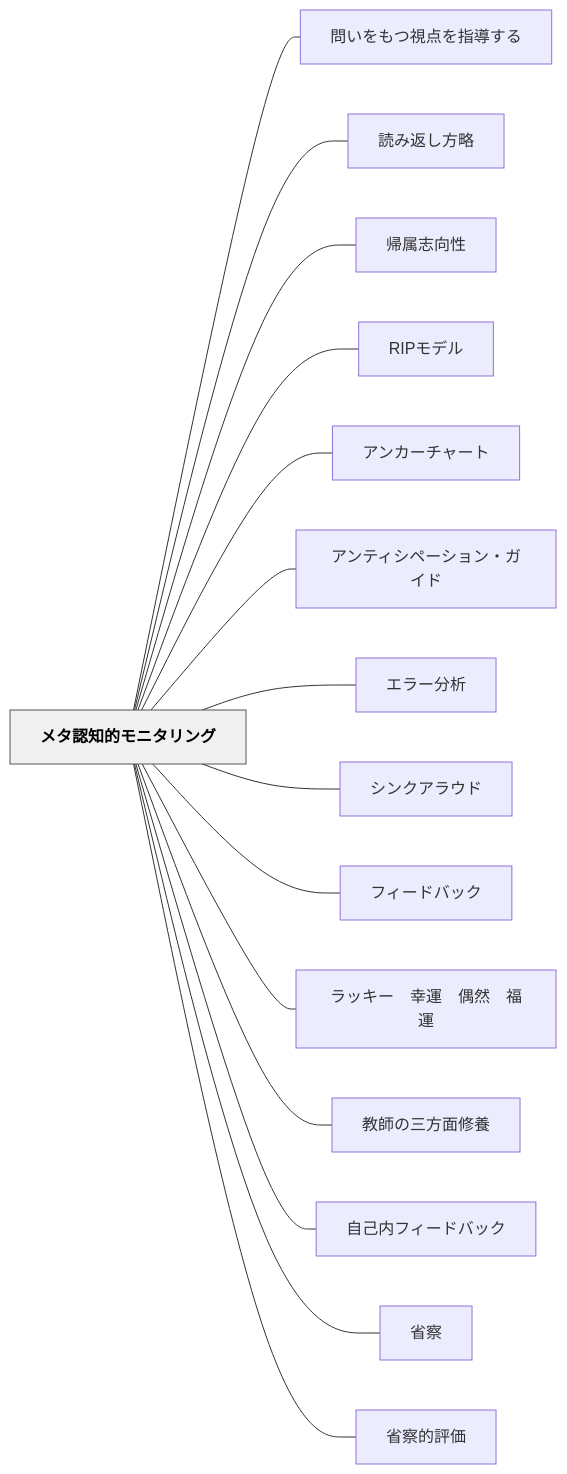
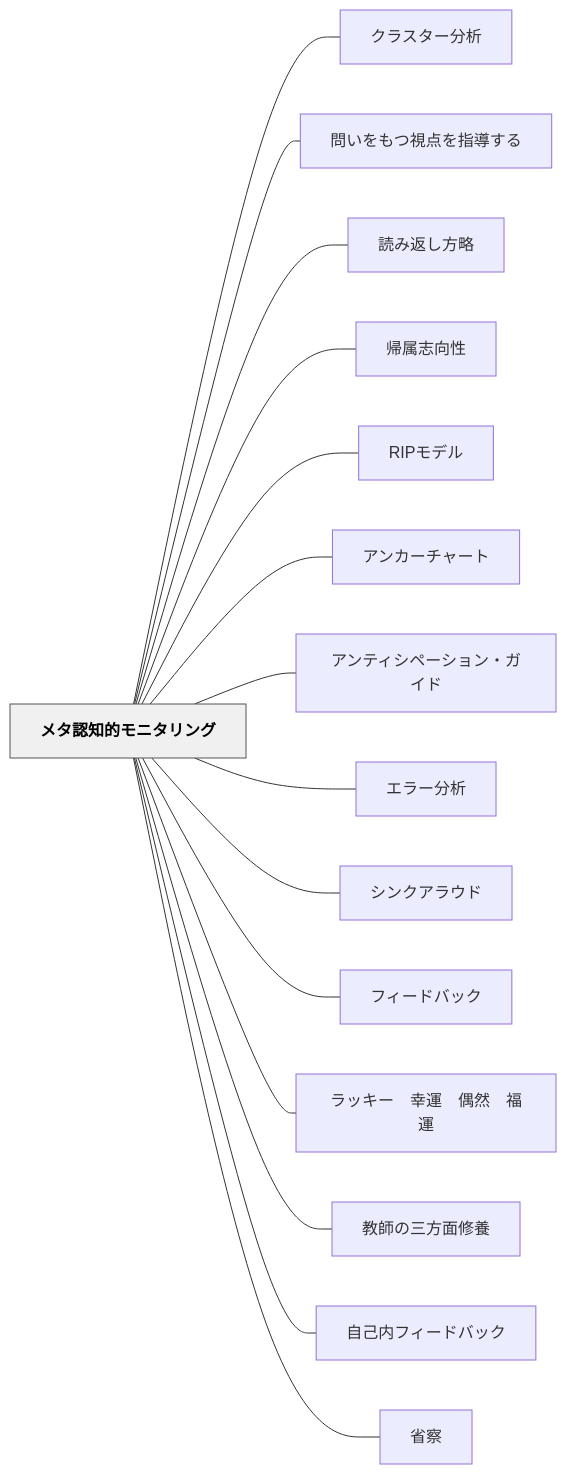
One commit to unknownthings-ed-patterns/unknownthings-ed-patterns changed the diagram in content/パタン/メタ認知的モニタリング.md. Above: the diagram before and after it, drawn with Mermaid. The commit also changed other lines of this file and 36 other files, not shown here.

````diff
--- a/content/パタン/メタ認知的モニタリング.md
+++ b/content/パタン/メタ認知的モニタリング.md
@@ -141,36 +141,36 @@
 ```mermaid
 flowchart LR
     ne383a1e382bfe8aa8de79fa5e79a84e383a2e3838be382bfe383aae383b3e382b0["メタ認知的モニタリング"]
+    ne382afe383a9e382b9e382bfe383bce58886e69e90["クラスター分析"]
     ne5958fe38184e38292e38282e381a4e8a696e782b9e38292e68c87e5b08ee38199e3828b["問いをもつ視点を指導する"]
     ne8aaade381bfe8bf94e38197e696b9e795a5["読み返し方略"]
     ne5b8b0e5b19ee5bf97e59091e680a7["帰属志向性"]
     n524950e383a2e38387e383ab["RIPモデル"]
     ne382a2e383b3e382abe383bce38381e383a3e383bce38388["アンカーチャート"]
     ne382a2e383b3e38386e382a3e382b7e3839ae383bce382b7e383a7e383b3e383bbe382ace382a4e38389["アンティシペーション・ガイド"]
     ne382a8e383a9e383bce58886e69e90["エラー分析"]
     ne382b7e383b3e382afe382a2e383a9e382a6e38389["シンクアラウド"]
     ne38395e382a3e383bce38389e38390e38383e382af["フィードバック"]
     ne383a9e38383e382ade383bce38080e5b9b8e9818be38080e581b6e784b6e38080e7a68fe9818b["ラッキー　幸運　偶然　福運"]
     ne69599e5b8abe381aee4b889e696b9e99da2e4bfaee9a48a["教師の三方面修養"]
     ne887aae5b7b1e58685e38395e382a3e383bce38389e38390e38383e382af["自己内フィードバック"]
     ne79c81e5af9f["省察"]
-    ne79c81e5af9fe79a84e8a995e4bea1["省察的評価"]
 
+    ne383a1e382bfe8aa8de79fa5e79a84e383a2e3838be382bfe383aae383b3e382b0 --- ne382afe383a9e382b9e382bfe383bce58886e69e90
     ne383a1e382bfe8aa8de79fa5e79a84e383a2e3838be382bfe383aae383b3e382b0 --- ne5958fe38184e38292e38282e381a4e8a696e782b9e38292e68c87e5b08ee38199e3828b
     ne383a1e382bfe8aa8de79fa5e79a84e383a2e3838be382bfe383aae383b3e382b0 --- ne8aaade381bfe8bf94e38197e696b9e795a5
     ne383a1e382bfe8aa8de79fa5e79a84e383a2e3838be382bfe383aae383b3e382b0 --- ne5b8b0e5b19ee5bf97e59091e680a7
     ne383a1e382bfe8aa8de79fa5e79a84e383a2e3838be382bfe383aae383b3e382b0 --- n524950e383a2e38387e383ab
     ne383a1e382bfe8aa8de79fa5e79a84e383a2e3838be382bfe383aae383b3e382b0 --- ne382a2e383b3e382abe383bce38381e383a3e383bce38388
     ne383a1e382bfe8aa8de79fa5e79a84e383a2e3838be382bfe383aae383b3e382b0 --- ne382a2e383b3e38386e382a3e382b7e3839ae383bce382b7e383a7e383b3e383bbe382ace382a4e38389
     ne383a1e382bfe8aa8de79fa5e79a84e383a2e3838be382bfe383aae383b3e382b0 --- ne382a8e383a9e383bce58886e69e90
     ne383a1e382bfe8aa8de79fa5e79a84e383a2e3838be382bfe383aae383b3e382b0 --- ne382b7e383b3e382afe382a2e383a9e382a6e38389
     ne383a1e382bfe8aa8de79fa5e79a84e383a2e3838be382bfe383aae383b3e382b0 --- ne38395e382a3e383bce38389e38390e38383e382af
     ne383a1e382bfe8aa8de79fa5e79a84e383a2e3838be382bfe383aae383b3e382b0 --- ne383a9e38383e382ade383bce38080e5b9b8e9818be38080e581b6e784b6e38080e7a68fe9818b
     ne383a1e382bfe8aa8de79fa5e79a84e383a2e3838be382bfe383aae383b3e382b0 --- ne69599e5b8abe381aee4b889e696b9e99da2e4bfaee9a48a
     ne383a1e382bfe8aa8de79fa5e79a84e383a2e3838be382bfe383aae383b3e382b0 --- ne887aae5b7b1e58685e38395e382a3e383bce38389e38390e38383e382af
     ne383a1e382bfe8aa8de79fa5e79a84e383a2e3838be382bfe383aae383b3e382b0 --- ne79c81e5af9f
-    ne383a1e382bfe8aa8de79fa5e79a84e383a2e3838be382bfe383aae383b3e382b0 --- ne79c81e5af9fe79a84e8a995e4bea1
 
     classDef hub fill:#f0f0f0,stroke:#555,color:#000,font-weight:bold
     class ne383a1e382bfe8aa8de79fa5e79a84e383a2e3838be382bfe383aae383b3e382b0 hub
 ```
````
